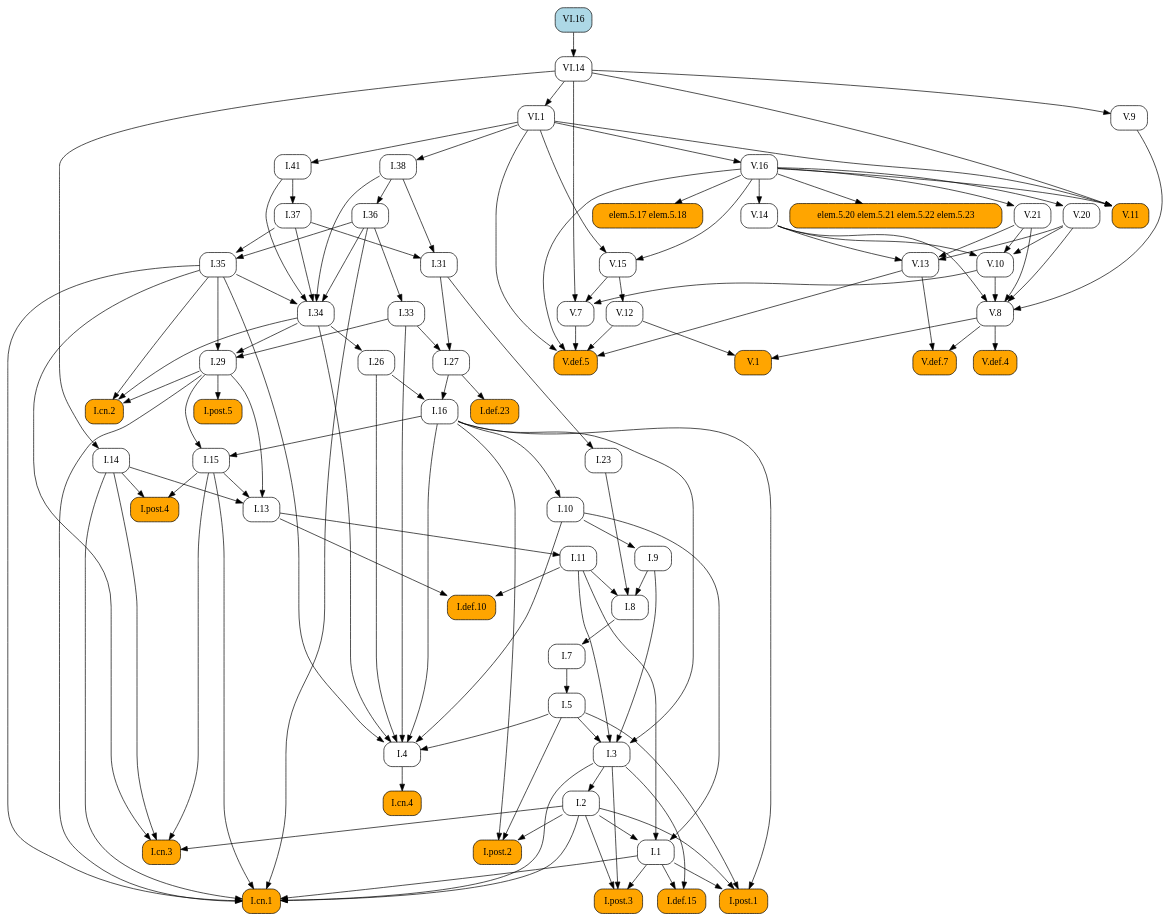
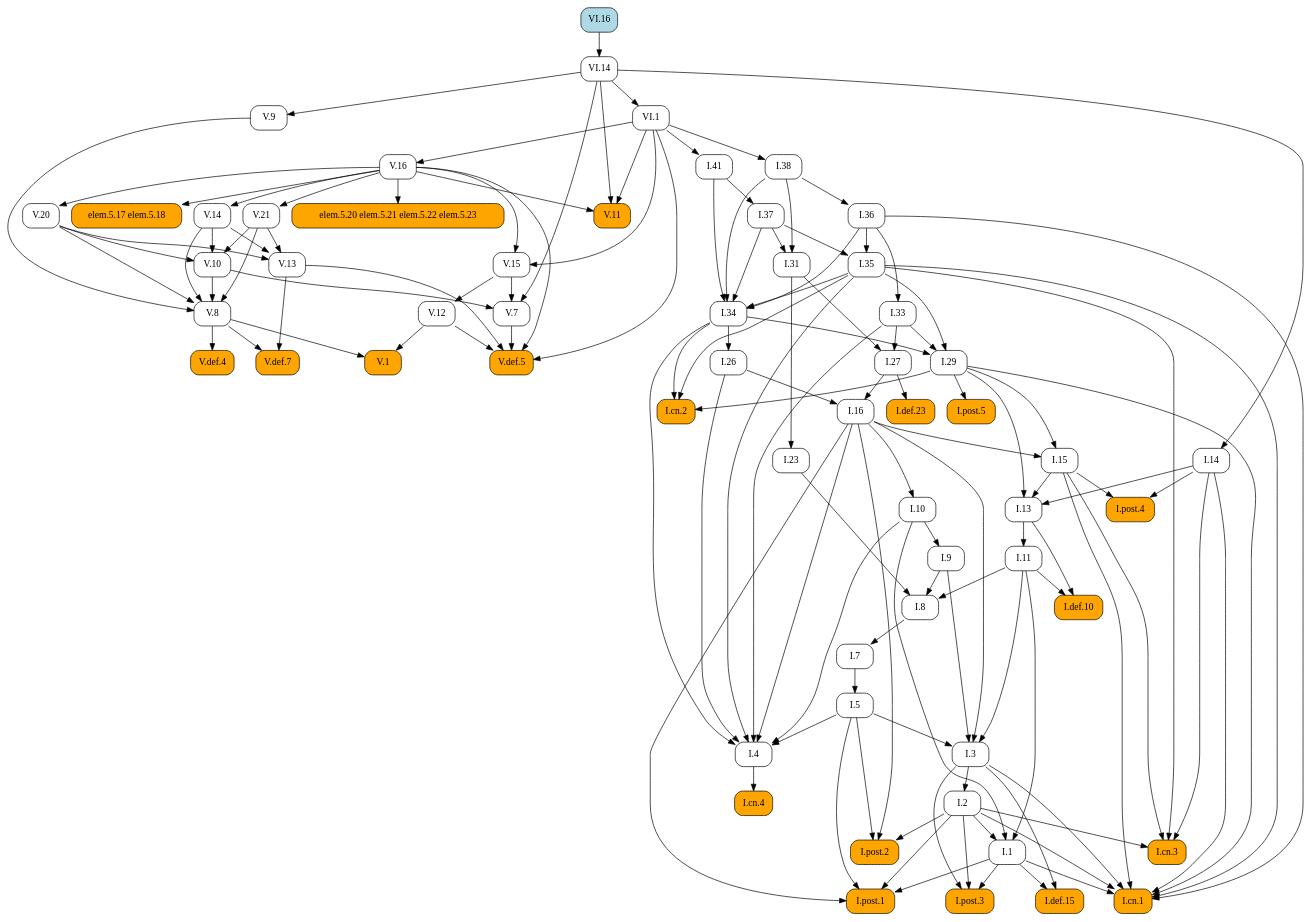
Before and after one commit to geometor/elements: the diagram in docsrc/elements2/VI/16/index.rst, drawn with Graphviz. The commit also changed other lines of this file and 409 other files, not shown here.

First line of the commit message:
feat: Add image cropping and graphic extraction script

```diff
--- a/docsrc/elements2/VI/16/index.rst
+++ b/docsrc/elements2/VI/16/index.rst
@@ -60,139 +60,92 @@
    digraph {
      rankdir="TB";
      node [shape=box, style=rounded];
+     "I.37" [URL="/elements2/I/37/", target="_top"];
+     "V.21" [URL="/elements2/V/21/", target="_top"];
+     "I.31" [URL="/elements2/I/31/", target="_top"];
+     "I.cn.2" [style="rounded,filled", fillcolor=orange, URL="/elements2/I/cn.2/", target="_top"];
+     "I.41" [URL="/elements2/I/41/", target="_top"];
+     "I.8" [URL="/elements2/I/8/", target="_top"];
+     "V.10" [URL="/elements2/V/10/", target="_top"];
+     "V.8" [URL="/elements2/V/8/", target="_top"];
+     "VI.1" [URL="/elements2/VI/1/", target="_top"];
+     "I.15" [URL="/elements2/I/15/", target="_top"];
+     "I.5" [URL="/elements2/I/5/", target="_top"];
+     "V.def.7" [style="rounded,filled", fillcolor=orange, URL="/elements2/V/def.7/", target="_top"];
+     "V.12" [URL="/elements2/V/12/", target="_top"];
+     "I.26" [URL="/elements2/I/26/", target="_top"];
+     "I.cn.1" [style="rounded,filled", fillcolor=orange, URL="/elements2/I/cn.1/", target="_top"];
+     "elem.5.20 elem.5.21 elem.5.22 elem.5.23" [style="rounded,filled", fillcolor=orange];
+     "I.7" [URL="/elements2/I/7/", target="_top"];
+     "V.def.5" [style="rounded,filled", fillcolor=orange, URL="/elements2/V/def.5/", target="_top"];
+     "I.23" [URL="/elements2/I/23/", target="_top"];
+     "I.16" [URL="/elements2/I/16/", target="_top"];
+     "V.9" [URL="/elements2/V/9/", target="_top"];
+     "I.34" [URL="/elements2/I/34/", target="_top"];
+     "I.35" [URL="/elements2/I/35/", target="_top"];
+     "I.33" [URL="/elements2/I/33/", target="_top"];
+     "V.15" [URL="/elements2/V/15/", target="_top"];
+     "V.14" [URL="/elements2/V/14/", target="_top"];
+     "elem.5.17 elem.5.18" [style="rounded,filled", fillcolor=orange];
+     "I.def.15" [style="rounded,filled", fillcolor=orange, URL="/elements2/I/def.15/", target="_top"];
+     "I.38" [URL="/elements2/I/38/", target="_top"];
+     "I.def.10" [style="rounded,filled", fillcolor=orange, URL="/elements2/I/def.10/", target="_top"];
+     "I.11" [URL="/elements2/I/11/", target="_top"];
      "V.20" [URL="/elements2/V/20/", target="_top"];
-     "I.8" [URL="/elements2/I/8/", target="_top"];
+     "V.16" [URL="/elements2/V/16/", target="_top"];
+     "I.def.23" [style="rounded,filled", fillcolor=orange, URL="/elements2/I/def.23/", target="_top"];
+     "I.post.5" [style="rounded,filled", fillcolor=orange, URL="/elements2/I/post.5/", target="_top"];
+     "I.3" [URL="/elements2/I/3/", target="_top"];
+     "I.14" [URL="/elements2/I/14/", target="_top"];
+     "I.10" [URL="/elements2/I/10/", target="_top"];
+     "V.11" [style="rounded,filled", fillcolor=orange, URL="/elements2/V/11/", target="_top"];
+     "I.cn.3" [style="rounded,filled", fillcolor=orange, URL="/elements2/I/cn.3/", target="_top"];
+     "I.13" [URL="/elements2/I/13/", target="_top"];
+     "I.4" [URL="/elements2/I/4/", target="_top"];
+     "I.post.3" [style="rounded,filled", fillcolor=orange, URL="/elements2/I/post.3/", target="_top"];
+     "VI.14" [URL="/elements2/VI/14/", target="_top"];
+     "I.9" [URL="/elements2/I/9/", target="_top"];
+     "I.29" [URL="/elements2/I/29/", target="_top"];
      "I.36" [URL="/elements2/I/36/", target="_top"];
-     "VI.14" [URL="/elements2/VI/14/", target="_top"];
-     "V.def.5" [style="rounded,filled", fillcolor=orange, URL="/elements2/V/def.5/", target="_top"];
+     "V.13" [URL="/elements2/V/13/", target="_top"];
+     "I.post.1" [style="rounded,filled", fillcolor=orange, URL="/elements2/I/post.1/", target="_top"];
+     "I.2" [URL="/elements2/I/2/", target="_top"];
      "V.def.4" [style="rounded,filled", fillcolor=orange, URL="/elements2/V/def.4/", target="_top"];
-     "I.14" [URL="/elements2/I/14/", target="_top"];
-     "I.post.1" [style="rounded,filled", fillcolor=orange, URL="/elements2/I/post.1/", target="_top"];
-     "I.33" [URL="/elements2/I/33/", target="_top"];
-     "I.5" [URL="/elements2/I/5/", target="_top"];
-     "I.38" [URL="/elements2/I/38/", target="_top"];
-     "elem.5.17 elem.5.18" [style="rounded,filled", fillcolor=orange];
-     "VI.1" [URL="/elements2/VI/1/", target="_top"];
-     "V.11" [style="rounded,filled", fillcolor=orange, URL="/elements2/V/11/", target="_top"];
-     "I.def.10" [style="rounded,filled", fillcolor=orange, URL="/elements2/I/def.10/", target="_top"];
-     "V.13" [URL="/elements2/V/13/", target="_top"];
-     "I.post.5" [style="rounded,filled", fillcolor=orange, URL="/elements2/I/post.5/", target="_top"];
-     "I.cn.2" [style="rounded,filled", fillcolor=orange, URL="/elements2/I/cn.2/", target="_top"];
+     "I.27" [URL="/elements2/I/27/", target="_top"];
+     "V.1" [style="rounded,filled", fillcolor=orange, URL="/elements2/V/1/", target="_top"];
+     "I.1" [URL="/elements2/I/1/", target="_top"];
+     "I.post.4" [style="rounded,filled", fillcolor=orange, URL="/elements2/I/post.4/", target="_top"];
+     "V.7" [URL="/elements2/V/7/", target="_top"];
+     "I.cn.4" [style="rounded,filled", fillcolor=orange, URL="/elements2/I/cn.4/", target="_top"];
+     "I.post.2" [style="rounded,filled", fillcolor=orange, URL="/elements2/I/post.2/", target="_top"];
      "VI.16" [style="rounded,filled", fillcolor=lightblue, URL="/elements2/VI/16/", target="_top"];
-     "V.9" [URL="/elements2/V/9/", target="_top"];
-     "V.16" [URL="/elements2/V/16/", target="_top"];
-     "I.def.15" [style="rounded,filled", fillcolor=orange, URL="/elements2/I/def.15/", target="_top"];
-     "V.15" [URL="/elements2/V/15/", target="_top"];
-     "I.31" [URL="/elements2/I/31/", target="_top"];
-     "I.11" [URL="/elements2/I/11/", target="_top"];
-     "I.3" [URL="/elements2/I/3/", target="_top"];
-     "I.def.23" [style="rounded,filled", fillcolor=orange, URL="/elements2/I/def.23/", target="_top"];
-     "I.post.2" [style="rounded,filled", fillcolor=orange, URL="/elements2/I/post.2/", target="_top"];
-     "I.26" [URL="/elements2/I/26/", target="_top"];
-     "V.14" [URL="/elements2/V/14/", target="_top"];
-     "V.10" [URL="/elements2/V/10/", target="_top"];
-     "I.cn.3" [style="rounded,filled", fillcolor=orange, URL="/elements2/I/cn.3/", target="_top"];
-     "I.1" [URL="/elements2/I/1/", target="_top"];
-     "I.cn.4" [style="rounded,filled", fillcolor=orange, URL="/elements2/I/cn.4/", target="_top"];
-     "I.23" [URL="/elements2/I/23/", target="_top"];
-     "I.7" [URL="/elements2/I/7/", target="_top"];
-     "I.9" [URL="/elements2/I/9/", target="_top"];
-     "I.16" [URL="/elements2/I/16/", target="_top"];
-     "V.1" [style="rounded,filled", fillcolor=orange, URL="/elements2/V/1/", target="_top"];
-     "V.7" [URL="/elements2/V/7/", target="_top"];
-     "I.cn.1" [style="rounded,filled", fillcolor=orange, URL="/elements2/I/cn.1/", target="_top"];
-     "I.post.4" [style="rounded,filled", fillcolor=orange, URL="/elements2/I/post.4/", target="_top"];
-     "V.12" [URL="/elements2/V/12/", target="_top"];
-     "I.13" [URL="/elements2/I/13/", target="_top"];
-     "V.21" [URL="/elements2/V/21/", target="_top"];
-     "elem.5.20 elem.5.21 elem.5.22 elem.5.23" [style="rounded,filled", fillcolor=orange];
-     "I.41" [URL="/elements2/I/41/", target="_top"];
-     "I.29" [URL="/elements2/I/29/", target="_top"];
-     "I.35" [URL="/elements2/I/35/", target="_top"];
-     "I.2" [URL="/elements2/I/2/", target="_top"];
-     "I.37" [URL="/elements2/I/37/", target="_top"];
-     "I.27" [URL="/elements2/I/27/", target="_top"];
-     "I.4" [URL="/elements2/I/4/", target="_top"];
-     "V.8" [URL="/elements2/V/8/", target="_top"];
-     "I.10" [URL="/elements2/I/10/", target="_top"];
-     "I.15" [URL="/elements2/I/15/", target="_top"];
-     "I.34" [URL="/elements2/I/34/", target="_top"];
-     "V.def.7" [style="rounded,filled", fillcolor=orange, URL="/elements2/V/def.7/", target="_top"];
-     "I.post.3" [style="rounded,filled", fillcolor=orange, URL="/elements2/I/post.3/", target="_top"];
-     "V.16" -> "V.20";
+     "I.41" -> "I.37";
+     "V.16" -> "V.21";
+     "I.37" -> "I.31";
+     "I.38" -> "I.31";
+     "I.29" -> "I.cn.2";
+     "I.34" -> "I.cn.2";
+     "I.35" -> "I.cn.2";
+     "VI.1" -> "I.41";
      "I.9" -> "I.8";
      "I.11" -> "I.8";
      "I.23" -> "I.8";
-     "I.38" -> "I.36";
-     "VI.16" -> "VI.14";
-     "V.7" -> "V.def.5";
-     "V.12" -> "V.def.5";
-     "V.13" -> "V.def.5";
-     "V.16" -> "V.def.5";
-     "VI.1" -> "V.def.5";
-     "V.8" -> "V.def.4";
-     "VI.14" -> "I.14";
-     "I.1" -> "I.post.1";
-     "I.2" -> "I.post.1";
-     "I.5" -> "I.post.1";
-     "I.16" -> "I.post.1";
-     "I.36" -> "I.33";
-     "I.7" -> "I.5";
-     "VI.1" -> "I.38";
-     "V.16" -> "elem.5.17 elem.5.18";
-     "VI.14" -> "VI.1";
-     "V.16" -> "V.11";
-     "VI.1" -> "V.11";
-     "VI.14" -> "V.11";
-     "I.11" -> "I.def.10";
-     "I.13" -> "I.def.10";
-     "V.14" -> "V.13";
-     "V.20" -> "V.13";
-     "V.21" -> "V.13";
-     "I.29" -> "I.post.5";
-     "I.29" -> "I.cn.2";
-     "I.34" -> "I.cn.2";
-     "I.35" -> "I.cn.2";
-     "VI.14" -> "V.9";
-     "VI.1" -> "V.16";
-     "I.1" -> "I.def.15";
-     "I.3" -> "I.def.15";
-     "V.16" -> "V.15";
-     "VI.1" -> "V.15";
-     "I.37" -> "I.31";
-     "I.38" -> "I.31";
-     "I.13" -> "I.11";
-     "I.5" -> "I.3";
-     "I.9" -> "I.3";
-     "I.11" -> "I.3";
-     "I.16" -> "I.3";
-     "I.27" -> "I.def.23";
-     "I.2" -> "I.post.2";
-     "I.5" -> "I.post.2";
-     "I.16" -> "I.post.2";
-     "I.34" -> "I.26";
-     "V.16" -> "V.14";
      "V.14" -> "V.10";
      "V.20" -> "V.10";
      "V.21" -> "V.10";
-     "I.2" -> "I.cn.3";
-     "I.14" -> "I.cn.3";
-     "I.15" -> "I.cn.3";
-     "I.35" -> "I.cn.3";
-     "I.2" -> "I.1";
-     "I.10" -> "I.1";
-     "I.11" -> "I.1";
-     "I.4" -> "I.cn.4";
-     "I.31" -> "I.23";
-     "I.8" -> "I.7";
-     "I.10" -> "I.9";
-     "I.26" -> "I.16";
-     "I.27" -> "I.16";
-     "V.8" -> "V.1";
-     "V.12" -> "V.1";
-     "V.10" -> "V.7";
-     "V.15" -> "V.7";
-     "VI.14" -> "V.7";
+     "V.9" -> "V.8";
+     "V.10" -> "V.8";
+     "V.14" -> "V.8";
+     "V.20" -> "V.8";
+     "V.21" -> "V.8";
+     "VI.14" -> "VI.1";
+     "I.16" -> "I.15";
+     "I.29" -> "I.15";
+     "I.7" -> "I.5";
+     "V.8" -> "V.def.7";
+     "V.13" -> "V.def.7";
+     "V.15" -> "V.12";
+     "I.34" -> "I.26";
      "I.1" -> "I.cn.1";
      "I.2" -> "I.cn.1";
      "I.3" -> "I.cn.1";
@@ -201,24 +154,55 @@
      "I.29" -> "I.cn.1";
      "I.35" -> "I.cn.1";
      "I.36" -> "I.cn.1";
-     "I.14" -> "I.post.4";
-     "I.15" -> "I.post.4";
-     "V.15" -> "V.12";
+     "V.16" -> "elem.5.20 elem.5.21 elem.5.22 elem.5.23";
+     "I.8" -> "I.7";
+     "V.7" -> "V.def.5";
+     "V.12" -> "V.def.5";
+     "V.13" -> "V.def.5";
+     "V.16" -> "V.def.5";
+     "VI.1" -> "V.def.5";
+     "I.31" -> "I.23";
+     "I.26" -> "I.16";
+     "I.27" -> "I.16";
+     "VI.14" -> "V.9";
+     "I.35" -> "I.34";
+     "I.36" -> "I.34";
+     "I.37" -> "I.34";
+     "I.38" -> "I.34";
+     "I.41" -> "I.34";
+     "I.36" -> "I.35";
+     "I.37" -> "I.35";
+     "I.36" -> "I.33";
+     "V.16" -> "V.15";
+     "VI.1" -> "V.15";
+     "V.16" -> "V.14";
+     "V.16" -> "elem.5.17 elem.5.18";
+     "I.1" -> "I.def.15";
+     "I.3" -> "I.def.15";
+     "VI.1" -> "I.38";
+     "I.11" -> "I.def.10";
+     "I.13" -> "I.def.10";
+     "I.13" -> "I.11";
+     "V.16" -> "V.20";
+     "VI.1" -> "V.16";
+     "I.27" -> "I.def.23";
+     "I.29" -> "I.post.5";
+     "I.5" -> "I.3";
+     "I.9" -> "I.3";
+     "I.11" -> "I.3";
+     "I.16" -> "I.3";
+     "VI.14" -> "I.14";
+     "I.16" -> "I.10";
+     "V.16" -> "V.11";
+     "VI.1" -> "V.11";
+     "VI.14" -> "V.11";
+     "I.2" -> "I.cn.3";
+     "I.14" -> "I.cn.3";
+     "I.15" -> "I.cn.3";
+     "I.35" -> "I.cn.3";
      "I.14" -> "I.13";
      "I.15" -> "I.13";
      "I.29" -> "I.13";
-     "V.16" -> "V.21";
-     "V.16" -> "elem.5.20 elem.5.21 elem.5.22 elem.5.23";
-     "VI.1" -> "I.41";
-     "I.33" -> "I.29";
-     "I.34" -> "I.29";
-     "I.35" -> "I.29";
-     "I.36" -> "I.35";
-     "I.37" -> "I.35";
-     "I.3" -> "I.2";
-     "I.41" -> "I.37";
-     "I.31" -> "I.27";
-     "I.33" -> "I.27";
      "I.5" -> "I.4";
      "I.10" -> "I.4";
      "I.16" -> "I.4";
@@ -226,22 +210,38 @@
      "I.33" -> "I.4";
      "I.34" -> "I.4";
      "I.35" -> "I.4";
-     "V.9" -> "V.8";
-     "V.10" -> "V.8";
-     "V.14" -> "V.8";
-     "V.20" -> "V.8";
-     "V.21" -> "V.8";
-     "I.16" -> "I.10";
-     "I.16" -> "I.15";
-     "I.29" -> "I.15";
-     "I.35" -> "I.34";
-     "I.36" -> "I.34";
-     "I.37" -> "I.34";
-     "I.38" -> "I.34";
-     "I.41" -> "I.34";
-     "V.8" -> "V.def.7";
-     "V.13" -> "V.def.7";
      "I.1" -> "I.post.3";
      "I.2" -> "I.post.3";
      "I.3" -> "I.post.3";
+     "VI.16" -> "VI.14";
+     "I.10" -> "I.9";
+     "I.33" -> "I.29";
+     "I.34" -> "I.29";
+     "I.35" -> "I.29";
+     "I.38" -> "I.36";
+     "V.14" -> "V.13";
+     "V.20" -> "V.13";
+     "V.21" -> "V.13";
+     "I.1" -> "I.post.1";
+     "I.2" -> "I.post.1";
+     "I.5" -> "I.post.1";
+     "I.16" -> "I.post.1";
+     "I.3" -> "I.2";
+     "V.8" -> "V.def.4";
+     "I.31" -> "I.27";
+     "I.33" -> "I.27";
+     "V.8" -> "V.1";
+     "V.12" -> "V.1";
+     "I.2" -> "I.1";
+     "I.10" -> "I.1";
+     "I.11" -> "I.1";
+     "I.14" -> "I.post.4";
+     "I.15" -> "I.post.4";
+     "V.10" -> "V.7";
+     "V.15" -> "V.7";
+     "VI.14" -> "V.7";
+     "I.4" -> "I.cn.4";
+     "I.2" -> "I.post.2";
+     "I.5" -> "I.post.2";
+     "I.16" -> "I.post.2";
    }
```
